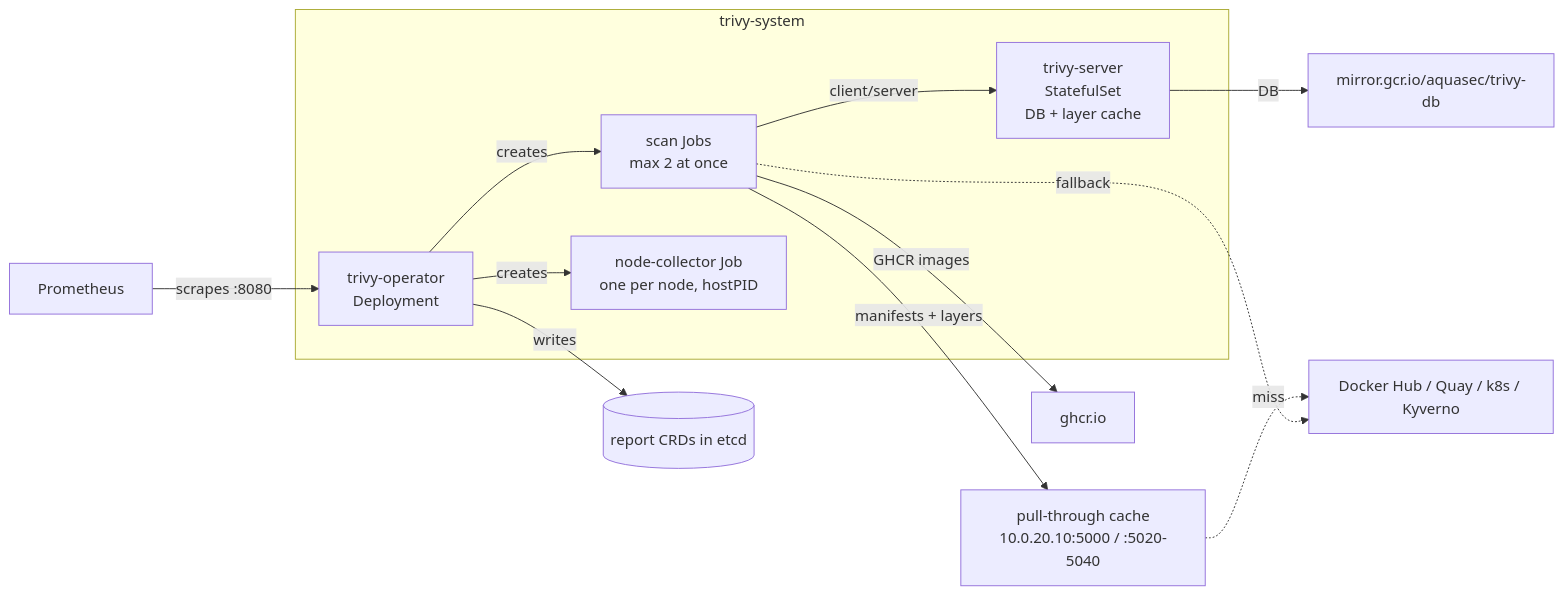
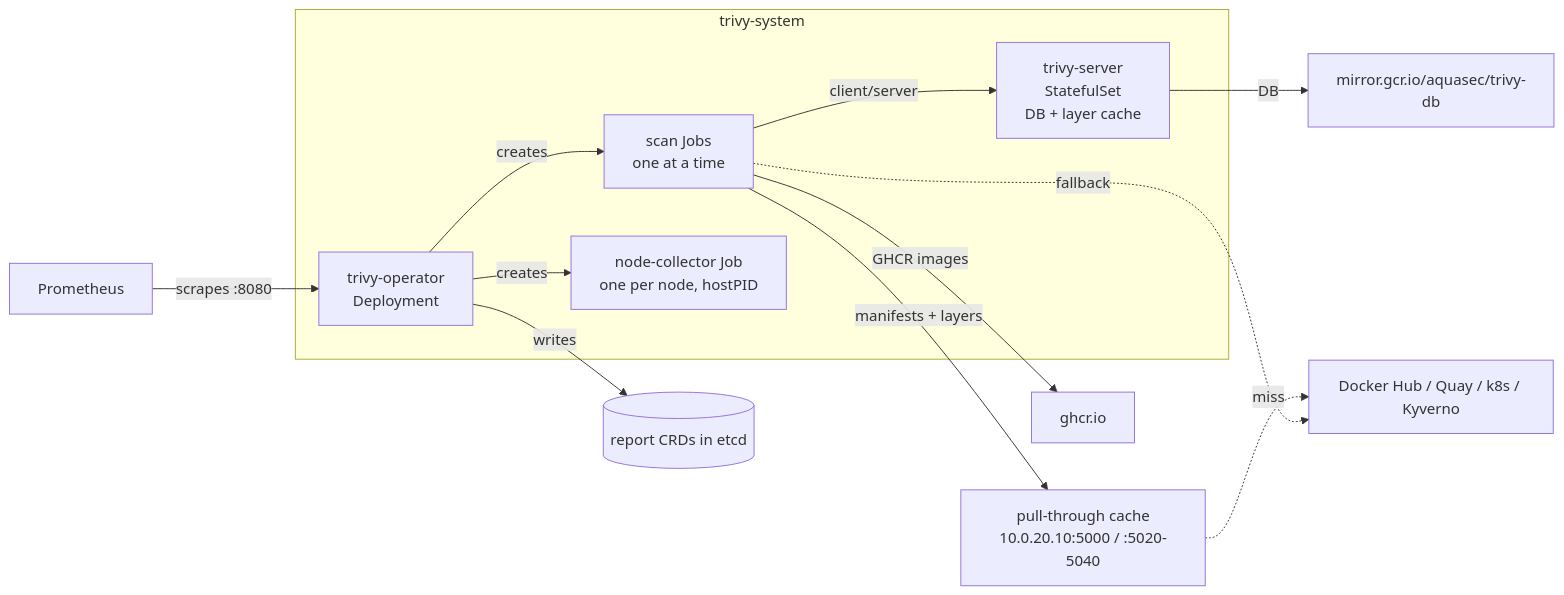
The diagram in docs/architecture/trivy.md (ViktorBarzin/infra), drawn with Mermaid before and after one commit. The commit also changed other lines of this file and 2 other files, not shown here.

First line of the commit message:
trivy-operator: run one scan job at a time

````diff
--- a/docs/architecture/trivy.md
+++ b/docs/architecture/trivy.md
@@ -7,19 +7,19 @@
 ```mermaid
 flowchart LR
   subgraph trivy-system
     OP[trivy-operator<br/>Deployment]
     SRV[trivy-server<br/>StatefulSet<br/>DB + layer cache]
-    JOB[scan Jobs<br/>max 2 at once]
+    JOB[scan Jobs<br/>one at a time]
     NC[node-collector Job<br/>one per node, hostPID]
   end
   OP -- creates --> JOB
   OP -- creates --> NC
   JOB -- client/server --> SRV
   JOB -- manifests + layers --> CACHE[pull-through cache<br/>10.0.20.10:5000 / :5020-5040]
   CACHE -. miss .-> UP[Docker Hub / Quay / k8s / Kyverno]
   JOB -- GHCR images --> GH[ghcr.io]
   JOB -. fallback .-> UP
   SRV -- DB --> MG[mirror.gcr.io/aquasec/trivy-db]
   OP -- writes --> CRD[(report CRDs in etcd)]
   PROM[Prometheus] -- scrapes :8080 --> OP
 ```
````
